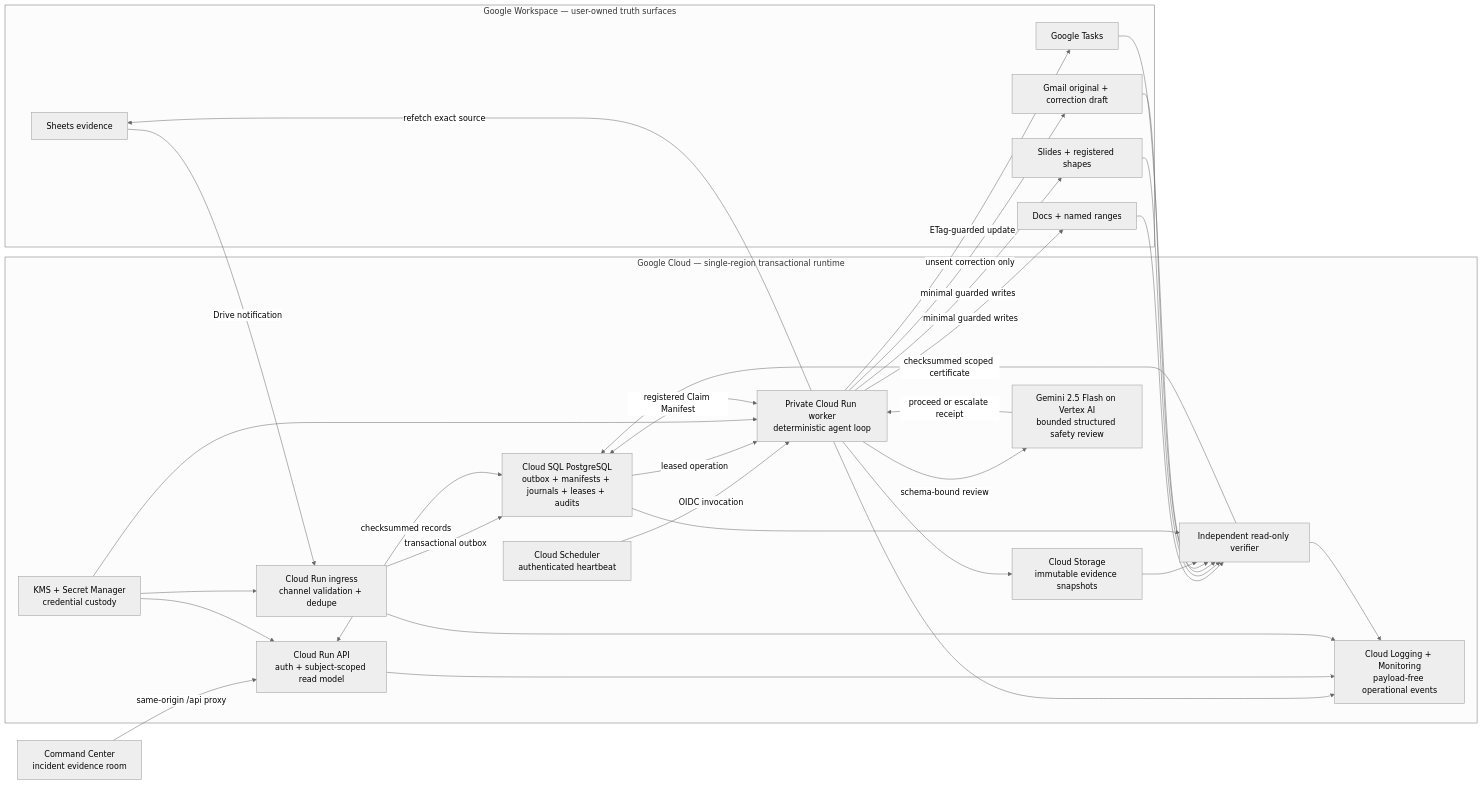
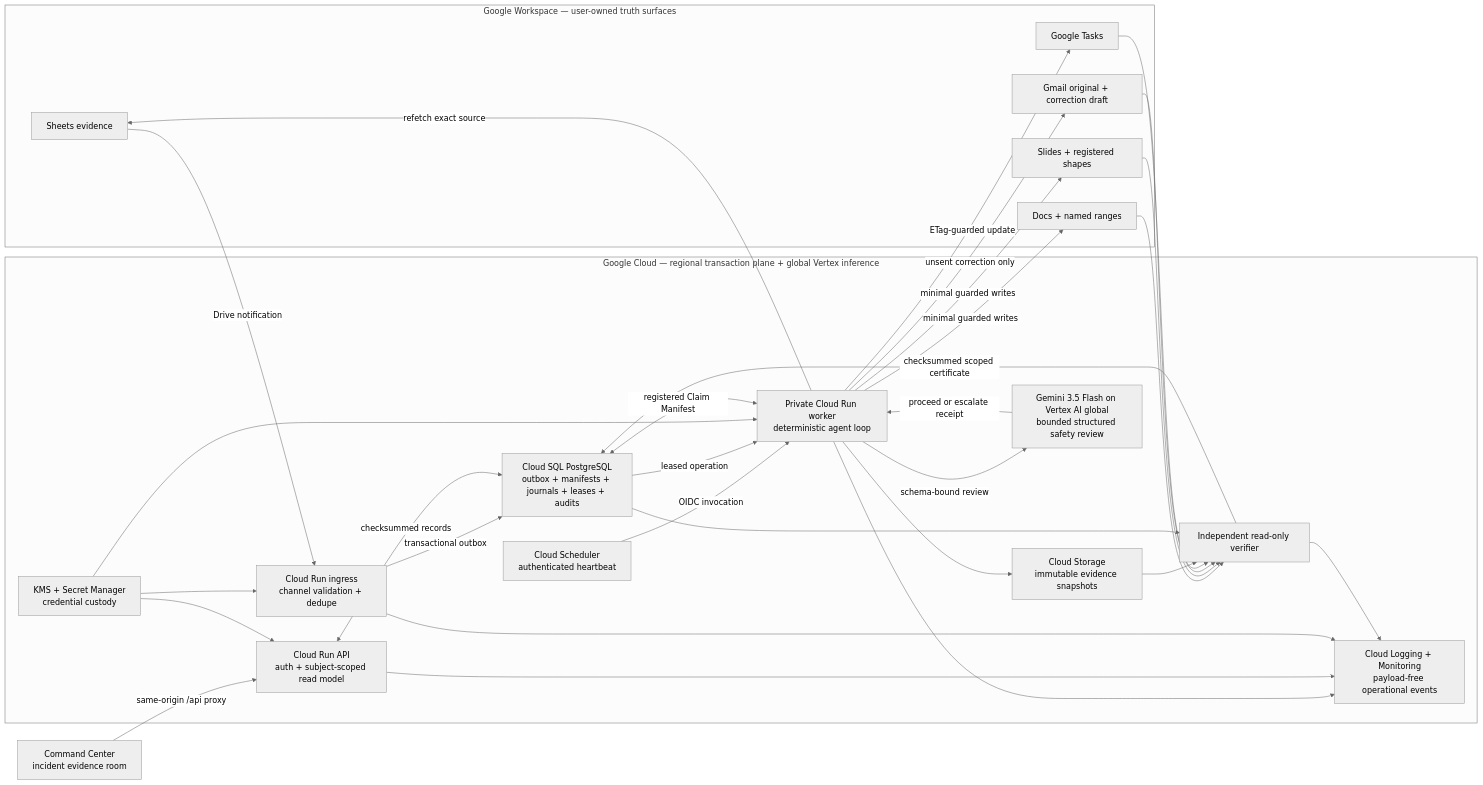
The first of 2 diagrams in docs/architecture.md (RudraBhaskar9439/veritas), drawn with Mermaid (neutral theme) before and after one commit. The commit also changed other lines of this file and 29 other files, not shown here.

````diff
--- a/docs/architecture.md
+++ b/docs/architecture.md
@@ -3,55 +3,55 @@
 ```mermaid
 flowchart LR
   subgraph Workspace["Google Workspace — user-owned truth surfaces"]
     Sheet["Sheets evidence"]
     Docs["Docs + named ranges"]
     Slides["Slides + registered shapes"]
     Gmail["Gmail original + correction draft"]
     Tasks["Google Tasks"]
   end
 
-  subgraph Cloud["Google Cloud — single-region transactional runtime"]
+  subgraph Cloud["Google Cloud — regional transaction plane + global Vertex inference"]
     API["Cloud Run API\nauth + subject-scoped read model"]
     Ingress["Cloud Run ingress\nchannel validation + dedupe"]
     Snapshots["Cloud Storage\nimmutable evidence snapshots"]
     Scheduler["Cloud Scheduler\nauthenticated heartbeat"]
     Worker["Private Cloud Run worker\ndeterministic agent loop"]
-    Gemini["Gemini 2.5 Flash on Vertex AI\nbounded structured safety review"]
+    Gemini["Gemini 3.5 Flash on Vertex AI global\nbounded structured safety review"]
     Database["Cloud SQL PostgreSQL\noutbox + manifests + journals + leases + audits"]
     KMS["KMS + Secret Manager\ncredential custody"]
     Verify["Independent read-only verifier"]
     Logs["Cloud Logging + Monitoring\npayload-free operational events"]
   end
 
   UI["Command Center\nincident evidence room"]
 
   Sheet -->|"Drive notification"| Ingress
   Ingress -->|"transactional outbox"| Database
   Scheduler -->|"OIDC invocation"| Worker
   Database -->|"leased operation"| Worker
   Worker -->|"refetch exact source"| Sheet
   Worker --> Snapshots
   Worker -->|"schema-bound review"| Gemini
   Gemini -->|"proceed or escalate receipt"| Worker
   Worker <-->|"registered Claim Manifest"| Database
   Worker -->|"minimal guarded writes"| Docs
   Worker -->|"minimal guarded writes"| Slides
   Worker -->|"unsent correction only"| Gmail
   Worker -->|"ETag-guarded update"| Tasks
   KMS --> Worker
   KMS --> Ingress
   Docs --> Verify
   Slides --> Verify
   Gmail --> Verify
   Tasks --> Verify
   Snapshots --> Verify
   Database --> Verify
   Verify -->|"checksummed scoped certificate"| Database
   UI -->|"same-origin /api proxy"| API
   API <-->|"checksummed records"| Database
   KMS --> API
   Worker --> Logs
   API --> Logs
   Ingress --> Logs
   Verify --> Logs
 ```
````
